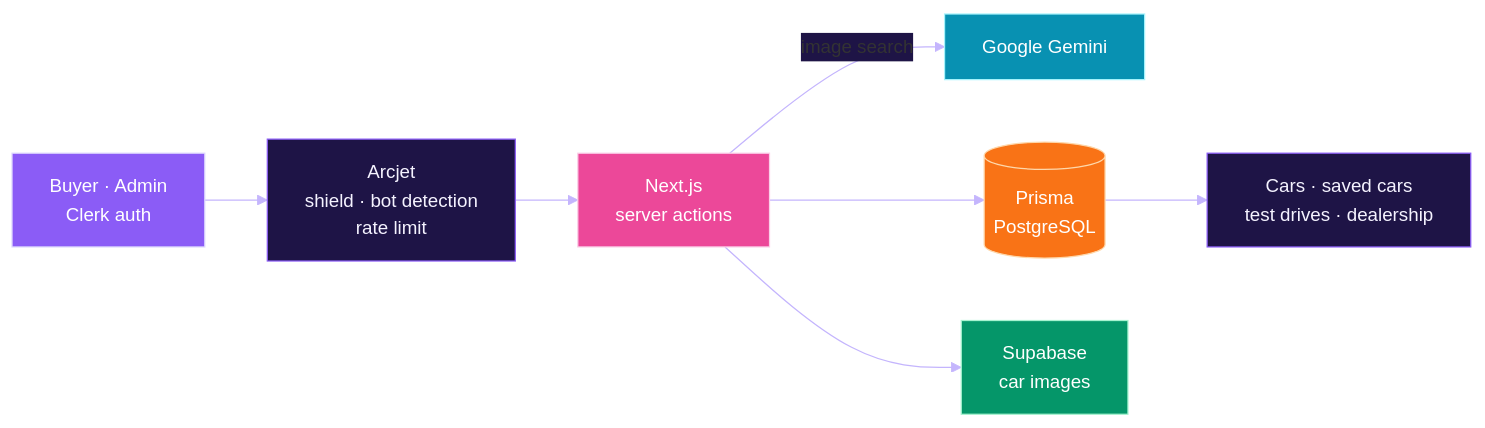
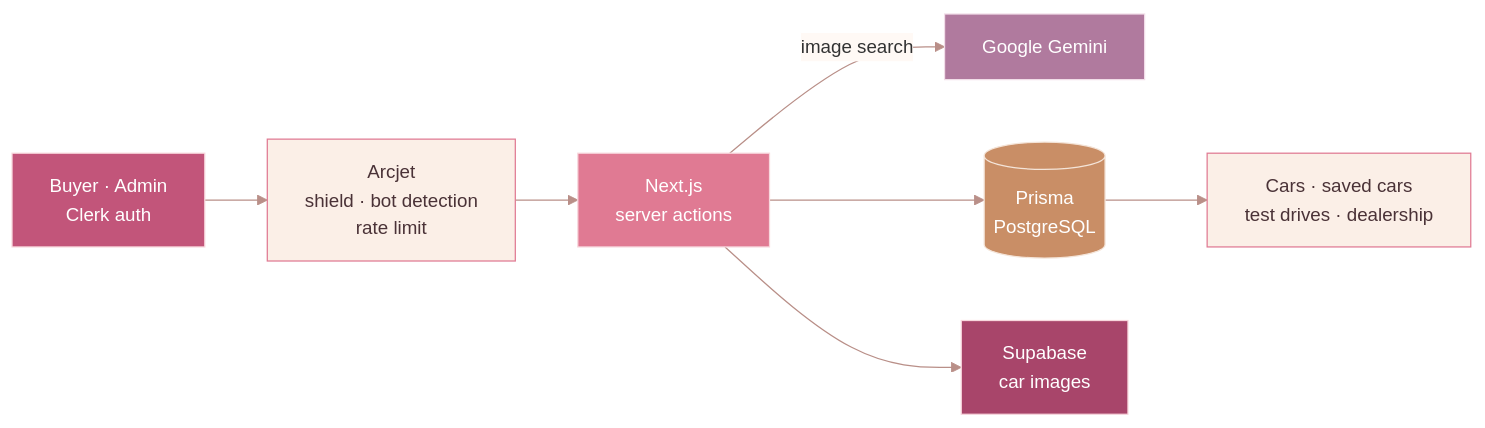
One commit to itzzshut/itzzshut changed the fourth of 5 diagrams in README.md. Above: the diagram before and after it, drawn with Mermaid. The commit also changed other lines of this file and 7 other files, not shown here.

````diff
--- a/README.md
+++ b/README.md
@@ -208,17 +193,17 @@
 ```mermaid
-%%{init: {"theme":"base","themeVariables":{"lineColor":"#C4B5FD","edgeLabelBackground":"#1E1446","fontSize":"15px"}}}%%
+%%{init: {"theme":"base","themeVariables":{"lineColor":"#B98F88","edgeLabelBackground":"#FFF9F5","fontSize":"15px"}}}%%
 flowchart LR
     U["Buyer · Admin<br>Clerk auth"] --> A["Arcjet<br>shield · bot detection<br>rate limit"]
     A --> N["Next.js<br>server actions"]
     N -->|image search| G["Google Gemini"]
     N --> P[("Prisma<br>PostgreSQL")]
     N --> S["Supabase<br>car images"]
     P --> F["Cars · saved cars<br>test drives · dealership"]
-    style U fill:#8B5CF6,stroke:#DDD6FE,color:#FFFFFF
-    style A fill:#1E1446,stroke:#8B5CF6,color:#F5F3FF
-    style N fill:#EC4899,stroke:#FBCFE8,color:#FFFFFF
-    style G fill:#0891B2,stroke:#A5F3FC,color:#FFFFFF
-    style P fill:#F97316,stroke:#FED7AA,color:#FFFFFF
-    style S fill:#059669,stroke:#A7F3D0,color:#FFFFFF
-    style F fill:#1E1446,stroke:#8B5CF6,color:#F5F3FF
+    style U fill:#C2557A,stroke:#F8D7DD,color:#FFFFFF
+    style A fill:#FBEFE7,stroke:#E07A93,color:#4A3237
+    style N fill:#E07A93,stroke:#F8D7DD,color:#FFFFFF
+    style G fill:#B07A9E,stroke:#F1DDE8,color:#FFFFFF
+    style P fill:#C98E66,stroke:#F4E4D8,color:#FFFFFF
+    style S fill:#A8456A,stroke:#F8D7DD,color:#FFFFFF
+    style F fill:#FBEFE7,stroke:#E07A93,color:#4A3237
 ```
````
